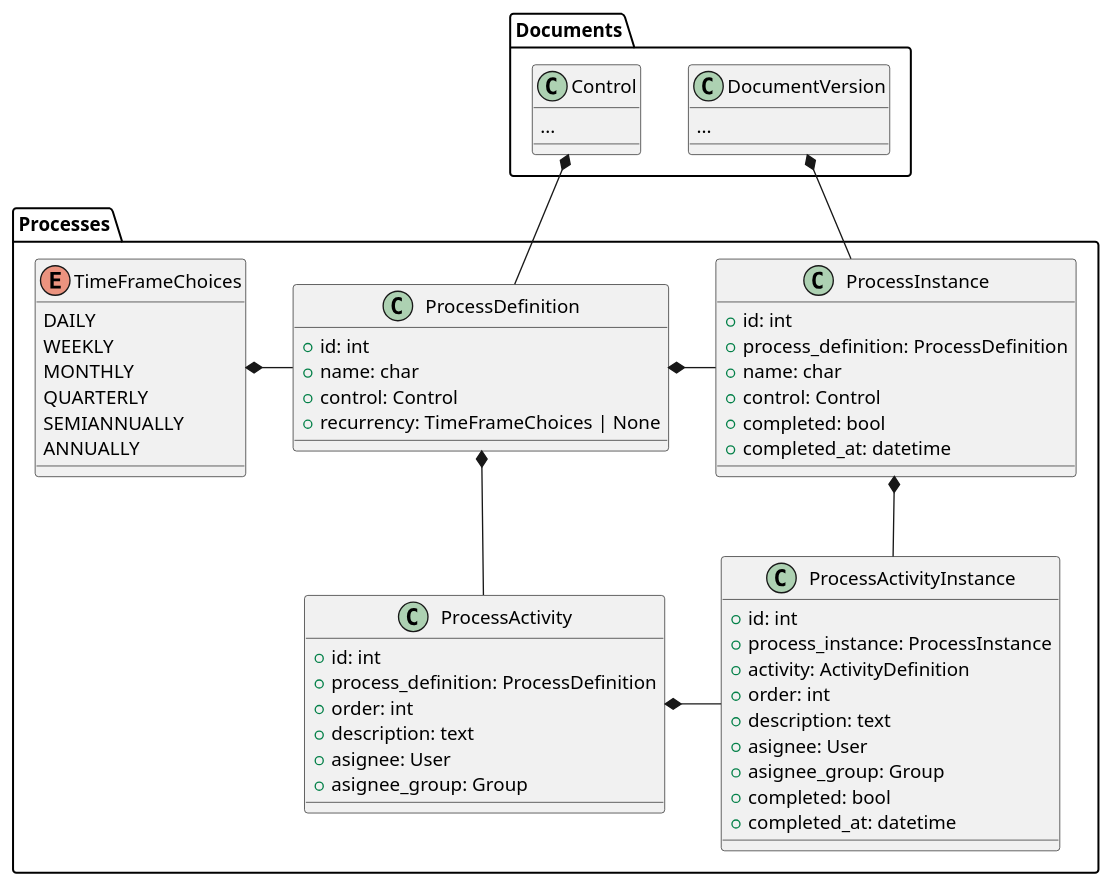
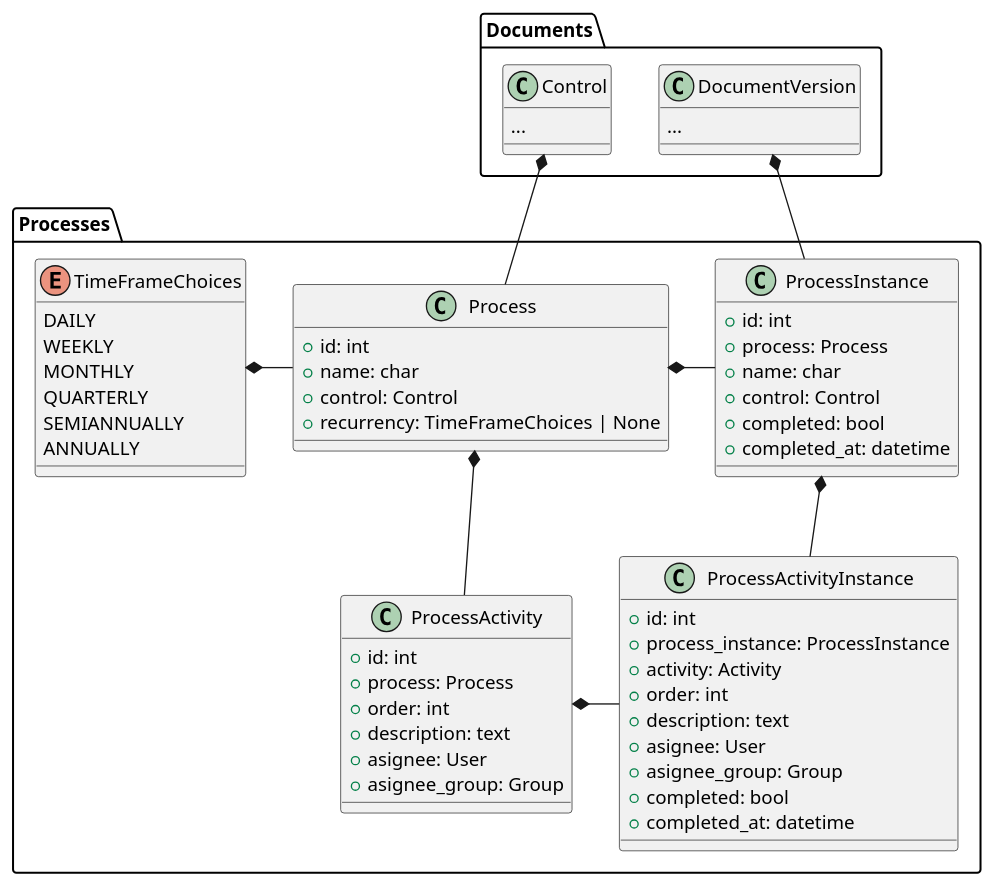
One commit to Gabo-araya/sgsi_ext changed the fourth of 4 diagrams in docs/rfc/InitialModellingRFC.md. Above: the diagram before and after it, drawn with PlantUML. The commit also changed 23 other files, not shown here.

Commit message:
feat: rename ProcessDefinition to Process

````diff
--- a/docs/rfc/InitialModellingRFC.md
+++ b/docs/rfc/InitialModellingRFC.md
@@ -187,62 +187,62 @@
 ```plantuml
 package Processes {
-    class ProcessDefinition {
+    class Process {
         + id: int
         + name: char
         + control: Control
         + recurrency: TimeFrameChoices | None
     }
     class ProcessInstance {
         + id: int
-        + process_definition: ProcessDefinition
+        + process: Process
         + name: char
         + control: Control
         + completed: bool
         + completed_at: datetime
     }
     class ProcessActivity {
         + id: int
-        + process_definition: ProcessDefinition
+        + process: Process
         + order: int
         + description: text
         + asignee: User
         + asignee_group: Group
     }
     class ProcessActivityInstance {
         + id: int
         + process_instance: ProcessInstance
-        + activity: ActivityDefinition
+        + activity: Activity
         + order: int
         + description: text
         + asignee: User
         + asignee_group: Group
         + completed: bool
         + completed_at: datetime
     }
     enum TimeFrameChoices {
         DAILY
         WEEKLY
         MONTHLY
         QUARTERLY
         SEMIANNUALLY
         ANNUALLY
     }
 }
 
 class Documents.Control {
     ...
 }
 
 class Documents.DocumentVersion {
     ...
 }
 
 
-Processes.ProcessDefinition -up-* Documents.Control
-Processes.ProcessDefinition -left* Processes.TimeFrameChoices
+Processes.Process -up-* Documents.Control
+Processes.Process -left* Processes.TimeFrameChoices
 Processes.ProcessInstance -up-* Documents.DocumentVersion
-Processes.ProcessInstance -left* Processes.ProcessDefinition
-Processes.ProcessActivity --* Processes.ProcessDefinition
+Processes.ProcessInstance -left* Processes.Process
+Processes.ProcessActivity --* Processes.Process
 Processes.ProcessActivityInstance -* Processes.ProcessActivity
 Processes.ProcessActivityInstance -up-* Processes.ProcessInstance
 ```
````
